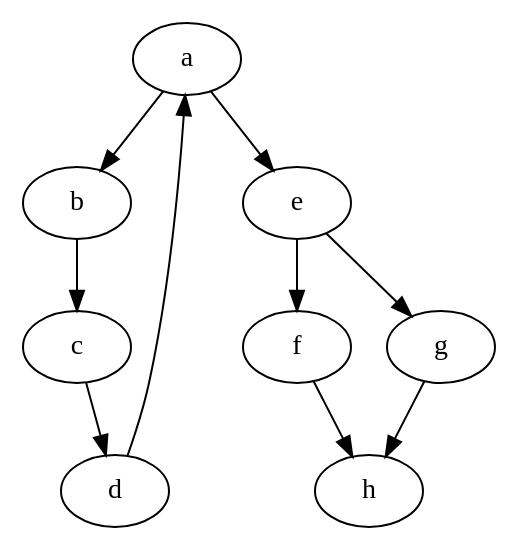
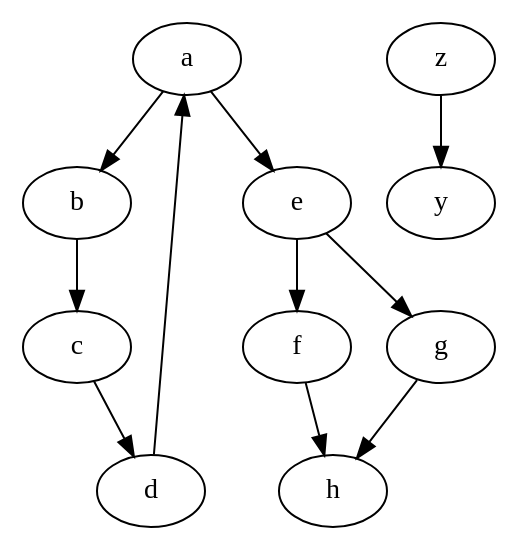
The diagram in src/main/resources/input.dot (Fonz-Hamilton/CSE-464-2024-Cahamil1), drawn with Graphviz before and after one commit. The commit also changed 1 other file, not shown here.

```diff
--- a/src/main/resources/input.dot
+++ b/src/main/resources/input.dot
@@ -1,11 +1,12 @@
 digraph {
     a -> b;
     b -> c;
     c -> d;
     d -> a;
     a -> e;
     e -> f;
     e -> g;
     f -> h;
     g -> h;
+	z -> y;
 }
```
